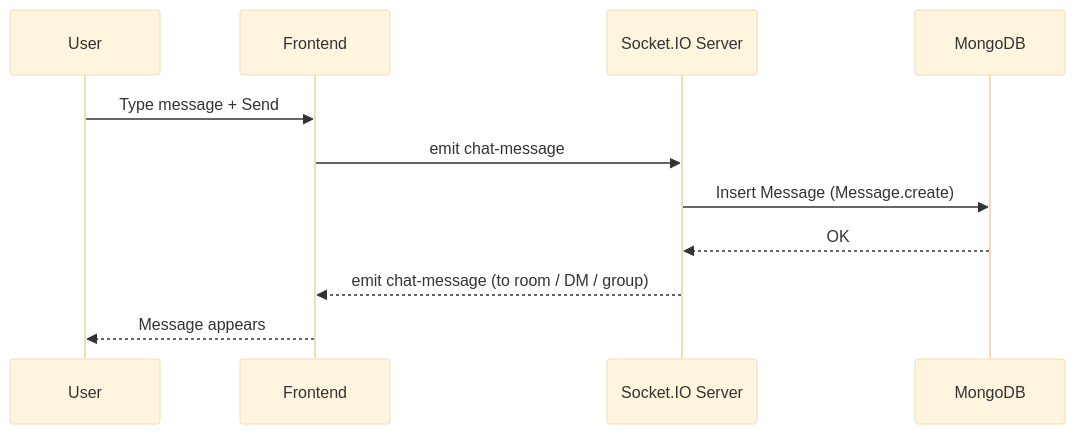
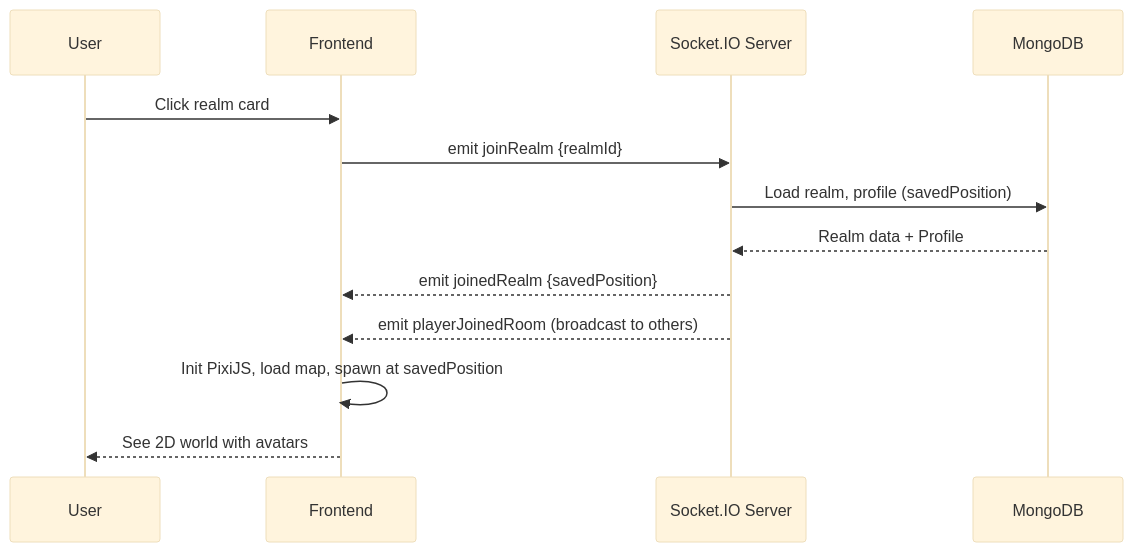
Before and after one commit to BanhVanTranPhat/gather3.0: the fourth of 7 diagrams in doc/SRS.md, drawn with Mermaid (base theme). The commit also changed other lines of this file and 590 other files, not shown here.

````diff
--- a/doc/SRS.md
+++ b/doc/SRS.md
@@ -283,14 +325,16 @@
 ```mermaid
 sequenceDiagram
   participant U as User
   participant FE as Frontend
   participant RT as Socket.IO Server
   participant DB as MongoDB
 
-  U->>FE: Type message + Send
-  FE->>RT: emit chat-message
-  RT->>DB: Insert Message (Message.create)
-  DB-->>RT: OK
-  RT-->>FE: emit chat-message (to room / DM / group)
-  FE-->>U: Message appears
+  U->>FE: Click realm card
+  FE->>RT: emit joinRealm {realmId}
+  RT->>DB: Load realm, profile (savedPosition)
+  DB-->>RT: Realm data + Profile
+  RT-->>FE: emit joinedRealm {savedPosition}
+  RT-->>FE: emit playerJoinedRoom (broadcast to others)
+  FE->>FE: Init PixiJS, load map, spawn at savedPosition
+  FE-->>U: See 2D world with avatars
 ```
````
